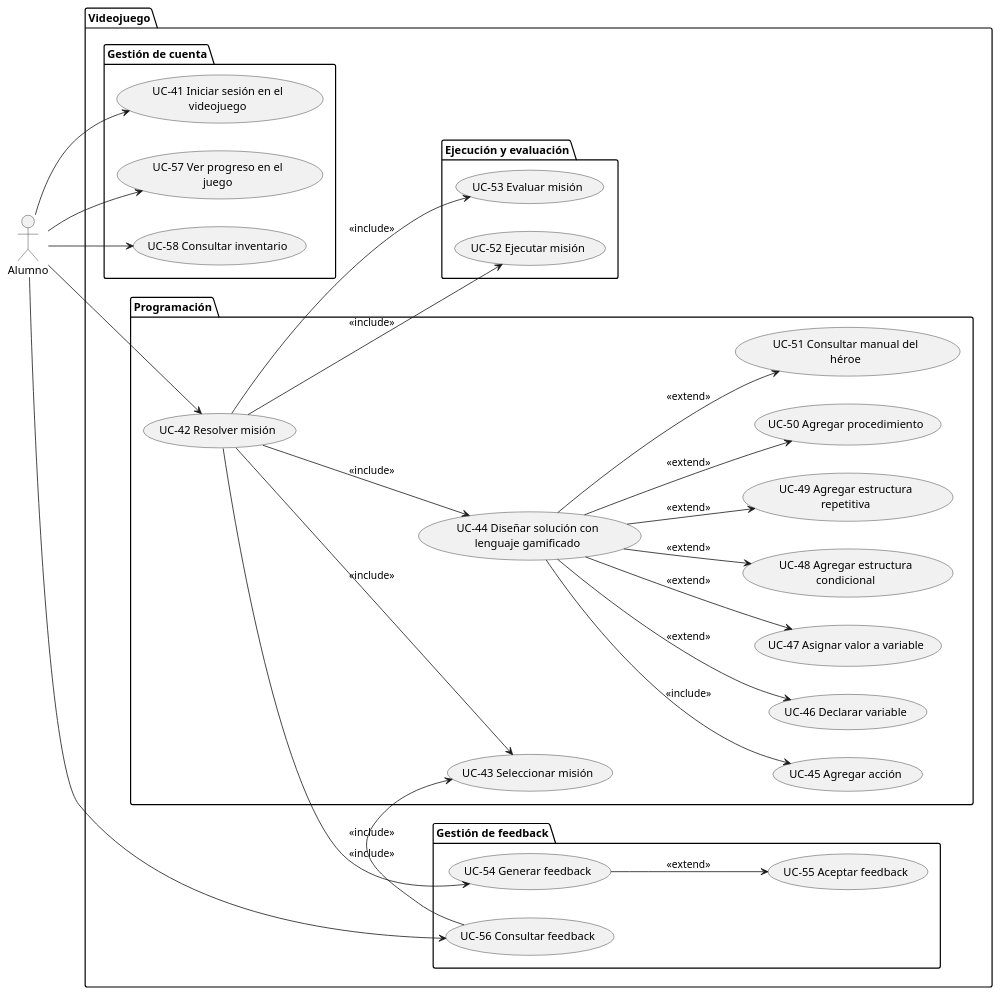
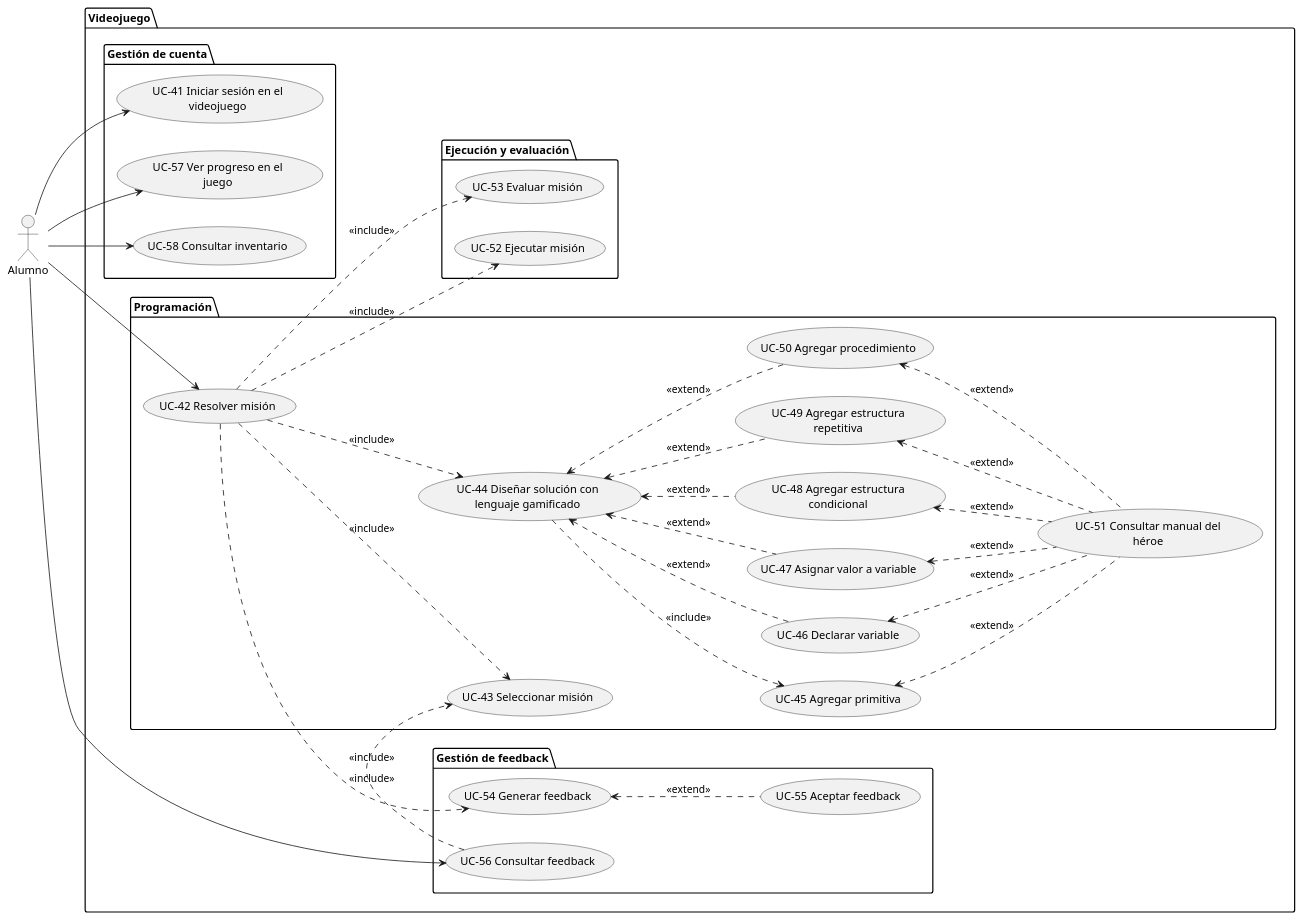
One commit to francoalbornoz2002/ASC-ProyectoAlgoritmia-TrabajoFinal changed the diagram in docs/requisitos/casos-de-uso/diagramas-casos-de-uso/videojuego/dcu-videojuego-expandido.puml. Above: the diagram before and after it, drawn with PlantUML. The commit also changed 6 other files, not shown here.

```diff
--- a/docs/requisitos/casos-de-uso/diagramas-casos-de-uso/videojuego/dcu-videojuego-expandido.puml
+++ b/docs/requisitos/casos-de-uso/diagramas-casos-de-uso/videojuego/dcu-videojuego-expandido.puml
@@ -1,83 +1,94 @@
 @startuml DCU_VideojuegoExpandido
 left to right direction
 
 skinparam usecasePadding 15
 skinparam actorPadding 15
 skinparam wrapWidth 200
 
 actor Alumno
 
 package "Videojuego" {
   /'usecase "UC-41 Iniciar sesión en el videojuego" as UC41
   usecase "UC-42 Resolver misión" as UC42
   usecase "UC-43 Seleccionar misión" as UC43
   usecase "UC-44 Diseñar solución con lenguaje gamificado" as UC44
   usecase "UC-45 Agregar acción" as UC45
   usecase "UC-46 Declarar variable" as UC46
   usecase "UC-47 Asignar valor a variable" as UC47
   usecase "UC-48 Agregar estructura condicional" as UC48
   usecase "UC-49 Agregar estructura repetitiva" as UC49
   usecase "UC-50 Agregar procedimiento" as UC50
   usecase "UC-51 Consultar manual del héroe" as UC51
   usecase "UC-52 Ejecutar misión" as UC52
   usecase "UC-53 Evaluar misión" as UC53
   usecase "UC-54 Generar feedback" as UC54
   usecase "UC-55 Aceptar feedback" as UC55
   usecase "UC-56 Consultar feedback" as UC56
   usecase "UC-57 Ver progreso en el juego" as UC57
   usecase "UC-58 Consultar inventario" as UC58'/
 
   package "Gestión de cuenta"{
     usecase "UC-41 Iniciar sesión en el videojuego" as UC41
     usecase "UC-57 Ver progreso en el juego" as UC57
     usecase "UC-58 Consultar inventario" as UC58
   }
   package "Ejecución y evaluación"{
     usecase "UC-52 Ejecutar misión" as UC52
     usecase "UC-53 Evaluar misión" as UC53
   }
   package "Gestión de feedback"{
     usecase "UC-54 Generar feedback" as UC54
     usecase "UC-55 Aceptar feedback" as UC55
     usecase "UC-56 Consultar feedback" as UC56
   }
   package "Programación"{
     usecase "UC-42 Resolver misión" as UC42
     usecase "UC-43 Seleccionar misión" as UC43
     usecase "UC-44 Diseñar solución con lenguaje gamificado" as UC44
-    usecase "UC-45 Agregar acción" as UC45
+    usecase "UC-45 Agregar primitiva" as UC45
     usecase "UC-46 Declarar variable" as UC46
     usecase "UC-47 Asignar valor a variable" as UC47
     usecase "UC-48 Agregar estructura condicional" as UC48
     usecase "UC-49 Agregar estructura repetitiva" as UC49
     usecase "UC-50 Agregar procedimiento" as UC50
     usecase "UC-51 Consultar manual del héroe" as UC51
   }
 }
 
 'Gestión de cuenta
 Alumno --> UC41
 Alumno --> UC57
 Alumno --> UC58
 
 'Programación
 Alumno --> UC42
-UC42 --> UC43 : <<include>>
-UC42 --> UC44 : <<include>>
-UC42 --> UC52 : <<include>>
+UC42 ..> UC43 : <<include>>
+UC42 ..> UC44 : <<include>>
+UC42 ..> UC52 : <<include>>
   'Ejecución y evaluación
-  UC42 --> UC53 : <<include>>
-  UC42 --> UC54 : <<include>>
-UC44 --> UC45 : <<include>>
-UC44 --> UC46 : <<extend>>
-UC44 --> UC47 : <<extend>>
-UC44 --> UC48 : <<extend>>
-UC44 --> UC49 : <<extend>>
-UC44 --> UC50 : <<extend>>
-UC44 --> UC51 : <<extend>>
+  UC42 ..> UC53 : <<include>>
+  UC42 ..> UC54 : <<include>>
+UC44 ..> UC45 : <<include>>
+UC44 <.. UC46 : <<extend>>
+UC44 <.. UC47 : <<extend>>
+UC44 <.. UC48 : <<extend>>
+UC44 <.. UC49 : <<extend>>
+UC44 <.. UC50 : <<extend>>
+
+UC45 <.. UC51 : <<extend>>
+UC46 <.. UC51 : <<extend>>
+UC47 <.. UC51 : <<extend>>
+UC48 <.. UC51 : <<extend>>
+UC49 <.. UC51 : <<extend>>
+UC50 <.. UC51 : <<extend>>
+
+
+
+
+
   'Gestión de feedback
   Alumno --> UC56
-  UC54 --> UC55 : <<extend>>
-  UC56 --> UC43 : <<include>>
+  UC54 <.. UC55 : <<extend>>
+  UC56 ..> UC43 : <<include>>
 
 @enduml
```
